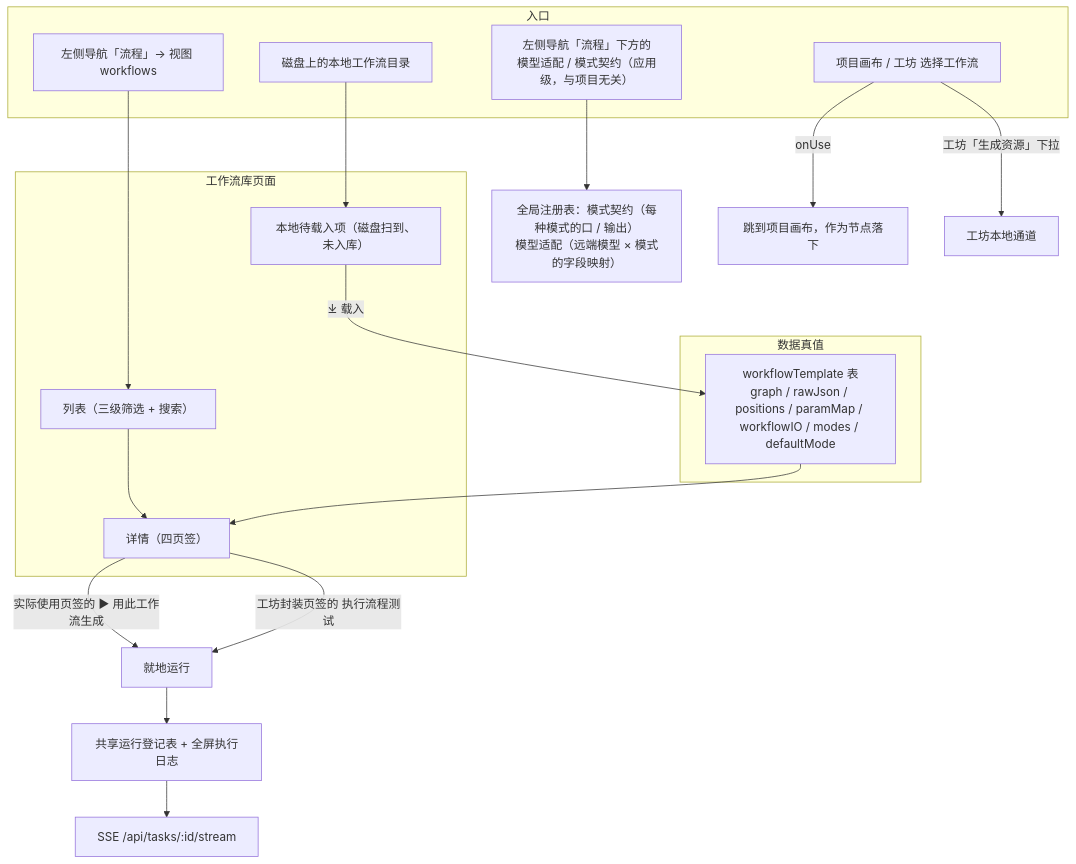
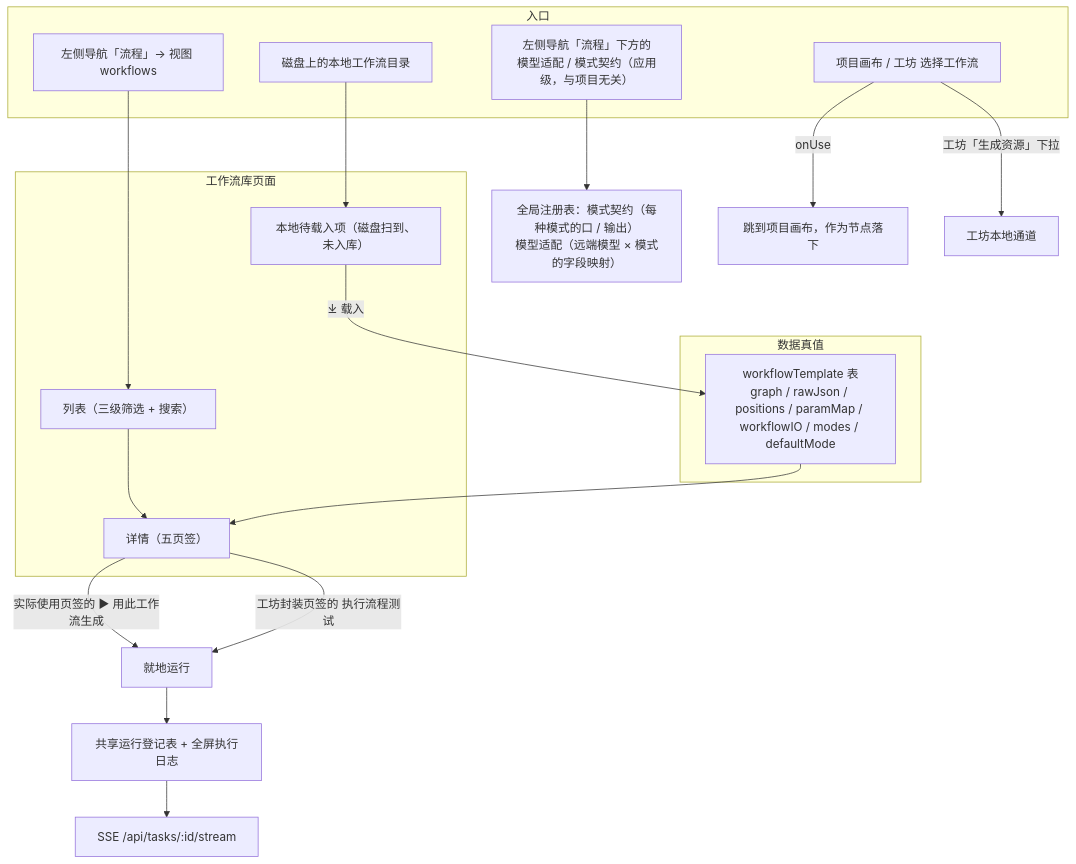
Before and after one commit to wuxianyuedu/comfy-app: the first of 10 diagrams in docs/guides/feature-workflow-library-flow.md, drawn with Mermaid. The commit also changed other lines of this file and 15 other files, not shown here.

````diff
--- a/docs/guides/feature-workflow-library-flow.md
+++ b/docs/guides/feature-workflow-library-flow.md
@@ -34,34 +34,34 @@
 ```mermaid
 flowchart TD
   subgraph ENTRY["入口"]
     NAV["左侧导航「流程」→ 视图 workflows"]
     USE["项目画布 / 工坊 选择工作流"]
     FILES["磁盘上的本地工作流目录"]
     OVERLAY["左侧导航「流程」下方的<br/>模型适配 / 模式契约（应用级，与项目无关）"]
   end
 
   subgraph LIB["工作流库页面"]
     LIST["列表（三级筛选 + 搜索）"]
     PEND["本地待载入项（磁盘扫到、未入库）"]
-    DETAIL["详情（四页签）"]
+    DETAIL["详情（五页签）"]
   end
 
   subgraph STORE["数据真值"]
     DB["workflowTemplate 表<br/>graph / rawJson / positions / paramMap / workflowIO / modes / defaultMode"]
   end
 
   NAV --> LIST
   OVERLAY --> CONTRACT_ENTRY["全局注册表：模式契约（每种模式的口 / 输出）<br/>模型适配（远端模型 × 模式的字段映射）"]
   FILES --> PEND
   LIST --> DETAIL
   PEND -->|"⤓ 载入"| DB
   DB --> DETAIL
 
   DETAIL -->|"实际使用页签的 ▶ 用此工作流生成"| RUN["就地运行"]
   DETAIL -->|"工坊封装页签的 执行流程测试"| RUN
   RUN --> SHARED["共享运行登记表 + 全屏执行日志"]
   SHARED --> SSE["SSE /api/tasks/:id/stream"]
 
   USE -->|"onUse"| CANVAS["跳到项目画布，作为节点落下"]
   USE -->|"工坊「生成资源」下拉"| WORKSHOP["工坊本地通道"]
 ```
````
